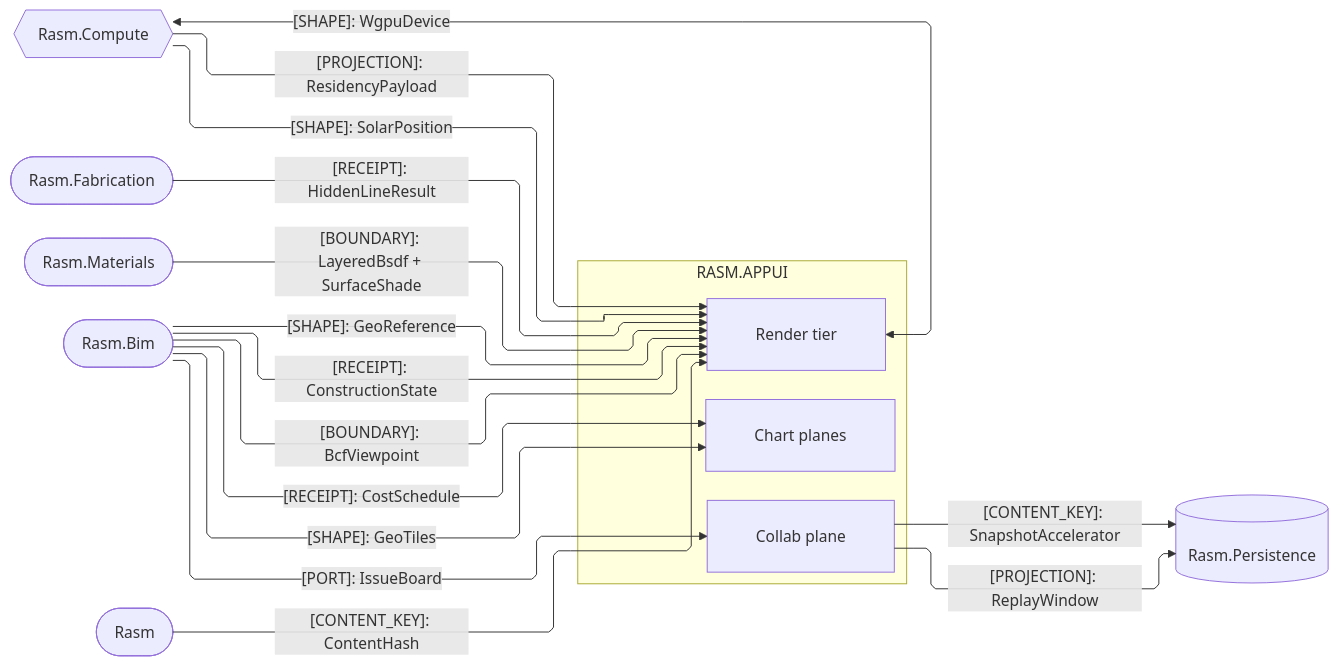
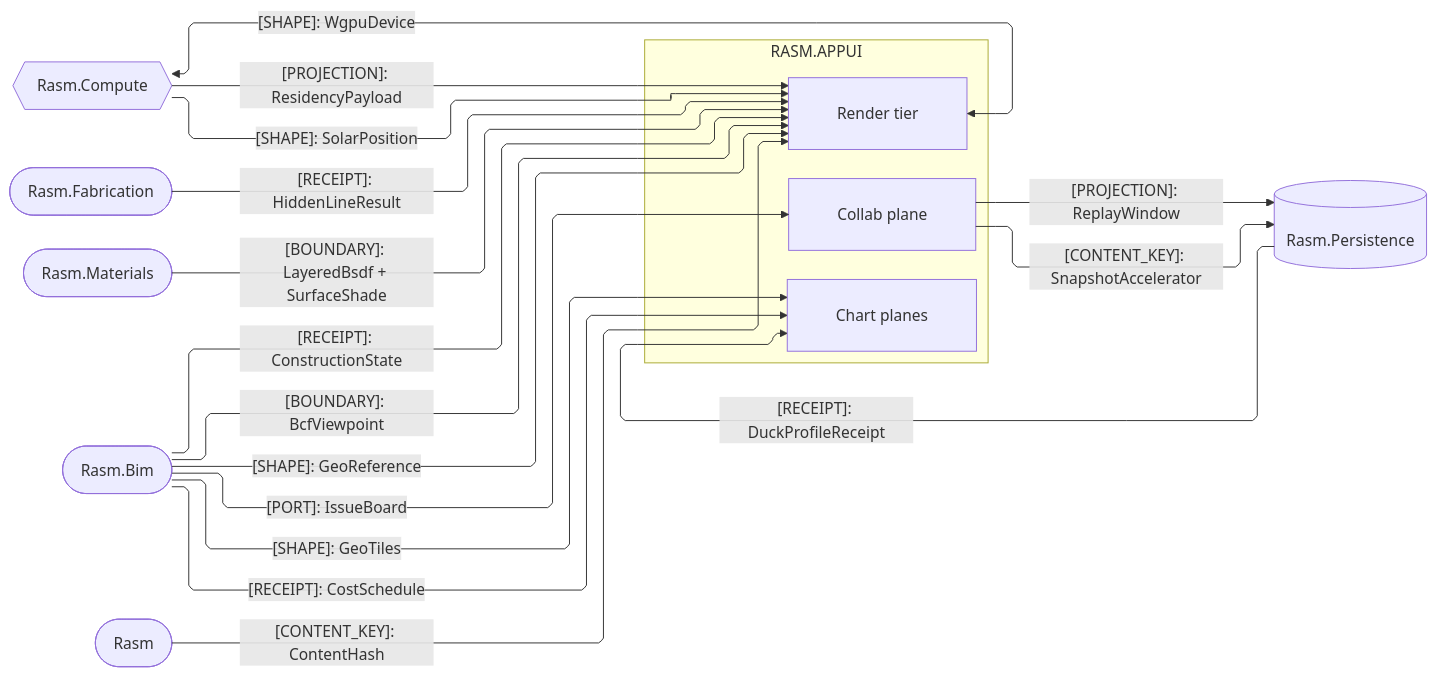
Before and after one commit to bsamiee/Rasm: the second of 3 diagrams in libs/csharp/Rasm.AppUi/ARCHITECTURE.md, drawn with Mermaid. The commit also changed other lines of this file and 195 other files, not shown here.

````diff
--- a/libs/csharp/Rasm.AppUi/ARCHITECTURE.md
+++ b/libs/csharp/Rasm.AppUi/ARCHITECTURE.md
@@ -121,37 +122,38 @@
 ```mermaid
 ---
 config:
   layout: elk
   flowchart:
     curve: linear
     padding: 25
 ---
 flowchart LR
     accTitle: AppUi AEC-domain, render-source, and storage seams
     accDescr: AppUi render, chart, and collaboration owners exchanging residency projections, receipts, boundaries, content keys, and shared-device shapes with the AEC peers Compute, Fabrication, Materials, Bim, the kernel, and the Persistence store.
     subgraph appui[RASM.APPUI]
         Render[Render tier]
         Charts[Chart planes]
         Collab[Collab plane]
     end
     Compute{{Rasm.Compute}}
     Fabrication([Rasm.Fabrication])
     Materials([Rasm.Materials])
     Bim([Rasm.Bim])
     Rasm([Rasm])
     Persistence[(Rasm.Persistence)]
     Compute -->|"[PROJECTION]: ResidencyPayload"| Render
     Render <-->|"[SHAPE]: WgpuDevice"| Compute
     Compute -->|"[SHAPE]: SolarPosition"| Render
     Fabrication -->|"[RECEIPT]: HiddenLineResult"| Render
     Materials -->|"[BOUNDARY]: LayeredBsdf + SurfaceShade"| Render
     Rasm -->|"[CONTENT_KEY]: ContentHash"| Render
     Bim -->|"[SHAPE]: GeoTiles"| Charts
     Bim -->|"[RECEIPT]: CostSchedule"| Charts
+    Persistence -->|"[RECEIPT]: DuckProfileReceipt"| Charts
     Bim -->|"[PORT]: IssueBoard"| Collab
     Collab -->|"[PROJECTION]: ReplayWindow"| Persistence
     Collab -->|"[CONTENT_KEY]: SnapshotAccelerator"| Persistence
     Bim -->|"[RECEIPT]: ConstructionState"| Render
     Bim -->|"[BOUNDARY]: BcfViewpoint"| Render
     Bim -->|"[SHAPE]: GeoReference"| Render
 ```
````
